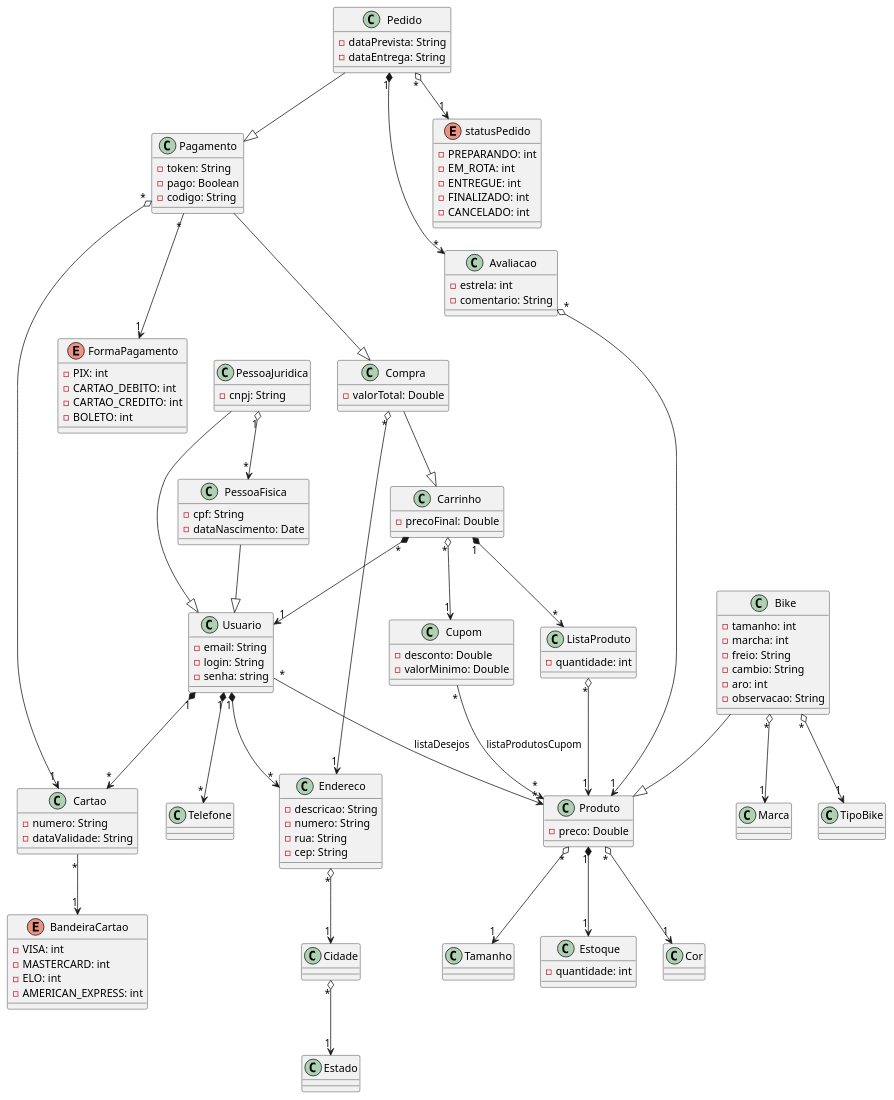
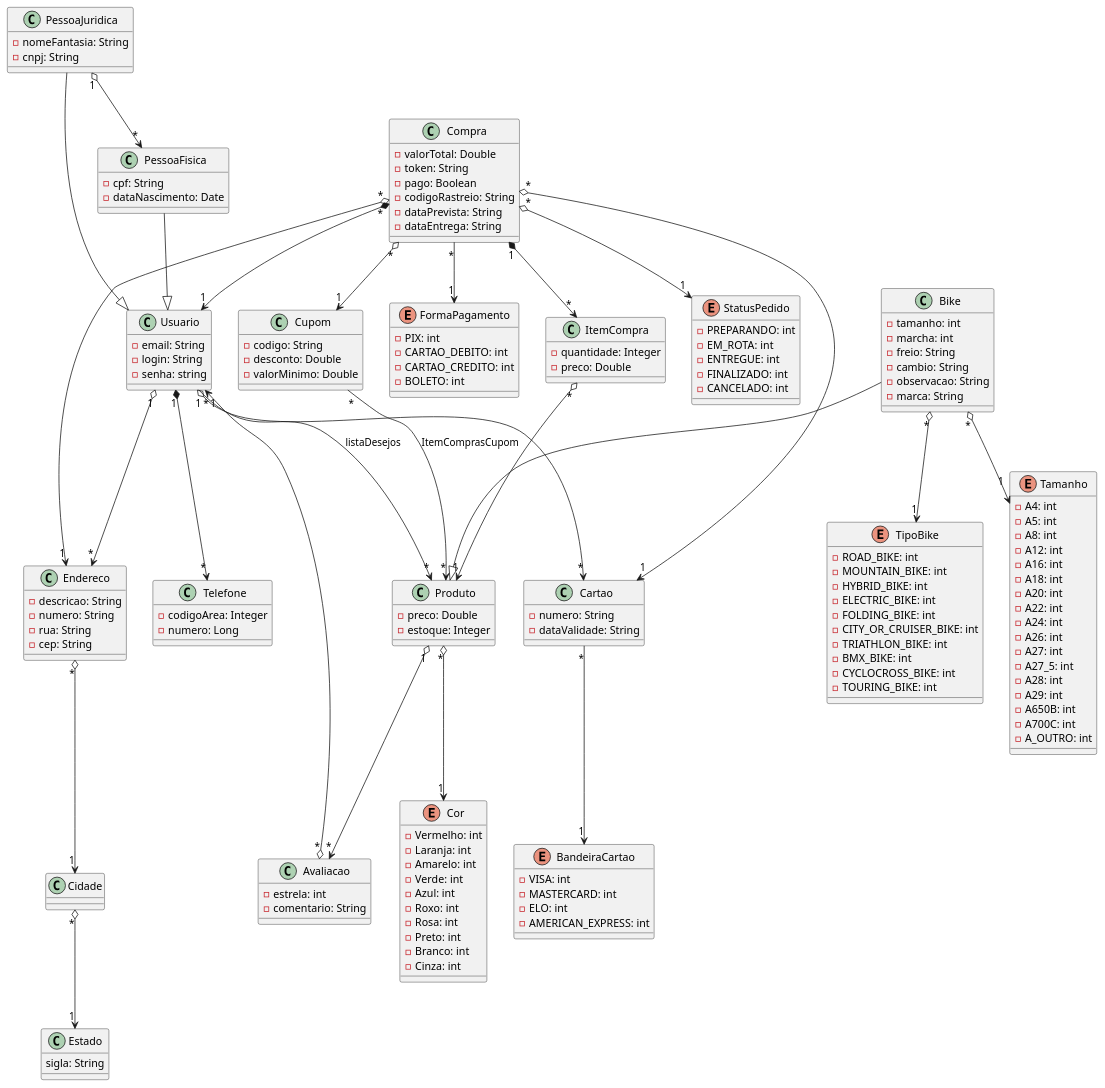
One commit to kaiomaced0/bikeShop-Uml changed the diagram in loja.plantuml. Above: the diagram before and after it, drawn with PlantUML. The commit also changed 3 other files, not shown here.

```diff
--- a/loja.plantuml
+++ b/loja.plantuml
@@ -1,182 +1,198 @@
 @startuml
 
 class Usuario {
     -email: String
     -login: String
     -senha: string
 }
 
 class Cartao{
     -numero: String
     -dataValidade: String
 }
 
 enum BandeiraCartao{
     -VISA: int
     -MASTERCARD: int
     -ELO: int
     -AMERICAN_EXPRESS: int
 
 }
 
 class Endereco{
     -descricao: String
     -numero: String
     -rua: String
     -cep: String
 }
 
 class Cidade{
 
 }
 
 class Estado{
-
+    sigla: String
 }
 
 class PessoaFisica {
     -cpf: String
     -dataNascimento: Date
 }
 
 class PessoaJuridica {
+    -nomeFantasia: String
     -cnpj: String
 
 }
 
 class Telefone{
-
+    -codigoArea: Integer
+    -numero: Long
 }
 
 class Produto {
     -preco: Double
+    -estoque: Integer
 
 }
 
 class Bike {
     -tamanho: int
     -marcha: int
     -freio: String
     -cambio: String
-    -aro: int
     -observacao: String
+    -marca: String
 }
 
-class Marca{
-
+enum TipoBike{
+    - ROAD_BIKE: int 
+    - MOUNTAIN_BIKE: int 
+    - HYBRID_BIKE: int 
+    - ELECTRIC_BIKE: int 
+    - FOLDING_BIKE: int 
+    - CITY_OR_CRUISER_BIKE: int 
+    - TRIATHLON_BIKE: int 
+    - BMX_BIKE: int 
+    - CYCLOCROSS_BIKE: int 
+    - TOURING_BIKE: int
 }
 
-class TipoBike{
-
-}
-
-class Carrinho{
-    -precoFinal: Double
-
+enum Tamanho{
+    -A4: int
+    -A5: int
+    -A8: int
+    -A12: int
+    -A16: int
+    -A18: int
+    -A20: int
+    -A22: int
+    -A24: int
+    -A26: int
+    -A27: int
+    -A27_5: int
+    -A28: int
+    -A29: int
+    -A650B: int
+    -A700C: int
+    -A_OUTRO: int
+    
 }
 
 class Compra{
     -valorTotal: Double
-    
+    -token: String
+    -pago: Boolean
+    -codigoRastreio: String
+    -dataPrevista: String
+    -dataEntrega: String
 }
 
-class Pagamento{
-    -token: String
-    -pago: Boolean
-    -codigo: String
-}
 
 enum FormaPagamento{
     -PIX: int
     -CARTAO_DEBITO: int
     -CARTAO_CREDITO: int
     -BOLETO: int
 }
 
-class Pedido{
-    -dataPrevista: String
-    -dataEntrega: String
-}
-
-enum statusPedido{
+enum StatusPedido{
     -PREPARANDO: int 
     -EM_ROTA: int 
     -ENTREGUE: int 
     -FINALIZADO: int 
     -CANCELADO: int 
 }
 
 class Avaliacao{
     -estrela: int
     -comentario: String
 }
 
 
 class Cupom{
+    -codigo: String
     -desconto: Double
     -valorMinimo: Double
 }
 
-class Cor{
-
+enum Cor{
+    -Vermelho: int
+    -Laranja: int
+    -Amarelo: int
+    -Verde: int
+    -Azul: int
+    -Roxo: int
+    -Rosa: int
+    -Preto: int
+    -Branco: int
+    -Cinza: int
 }
 
-class Tamanho{
-
-}
-
-class Estoque {
-    -quantidade: int
-
-}
-
-class ListaProduto{
-    -quantidade: int
+class ItemCompra{
+    -quantidade: Integer
+    -preco: Double
 
 }
 
 
 Cidade "*" o--> "1" Estado
 Endereco "*" o--> "1" Cidade
 
-Carrinho "*" o--> "1" Cupom
-Carrinho "1" *--> "*" ListaProduto
-Carrinho "*" *--> "1" Usuario
+Compra "*" o--> "1" Cupom
+Compra "1" *--> "*" ItemCompra
+Compra "*" *--> "1" Usuario
 
-Cupom "*" --> "*" Produto: listaProdutosCupom
+Cupom "*" --> "*" Produto: ItemComprasCupom
 
 Compra "*" o--> "1" Endereco
-Compra --|> Carrinho
-Pagamento --|> Compra
 
-Pedido "*" o--> "1" statusPedido
-Pedido --|> Pagamento
-Pedido "1" *--> "*" Avaliacao
+Compra "*" o--> "1" StatusPedido
 
-Avaliacao "*" o--> "1" Produto
+Produto "1" o--> "*" Avaliacao
 
-Pagamento "*" --> "1" FormaPagamento
-Pagamento "*" o--> "1" Cartao
+Avaliacao "*" o--> "1" Usuario
+
+Compra "*" --> "1" FormaPagamento
+Compra "*" o--> "1" Cartao
 
 Cartao "*" --> "1" BandeiraCartao
-Usuario "1" *--> "*" Cartao 
-Usuario "1" *--> "*" Endereco
+Usuario "1" o--> "*" Cartao 
+Usuario "1" o--> "*" Endereco
 Usuario "1" *--> "*" Telefone
 
-ListaProduto "*" o--> "1" Produto
+ItemCompra "*" o--> "1" Produto
 
 Produto "*" o--> "1" Cor
-Produto "*" o--> "1" Tamanho
 
 Bike --|> Produto
-Bike "*" o--> "1" Marca
+Bike "*" o--> "1" Tamanho
 Bike "*" o--> "1" TipoBike
 
 Usuario "*" --> "*" Produto: listaDesejos
 PessoaFisica --|> Usuario
 PessoaJuridica --|> Usuario
 PessoaJuridica "1" o--> "*" PessoaFisica
-Produto "1" *--> "1" Estoque
 
 
 @enduml
```
